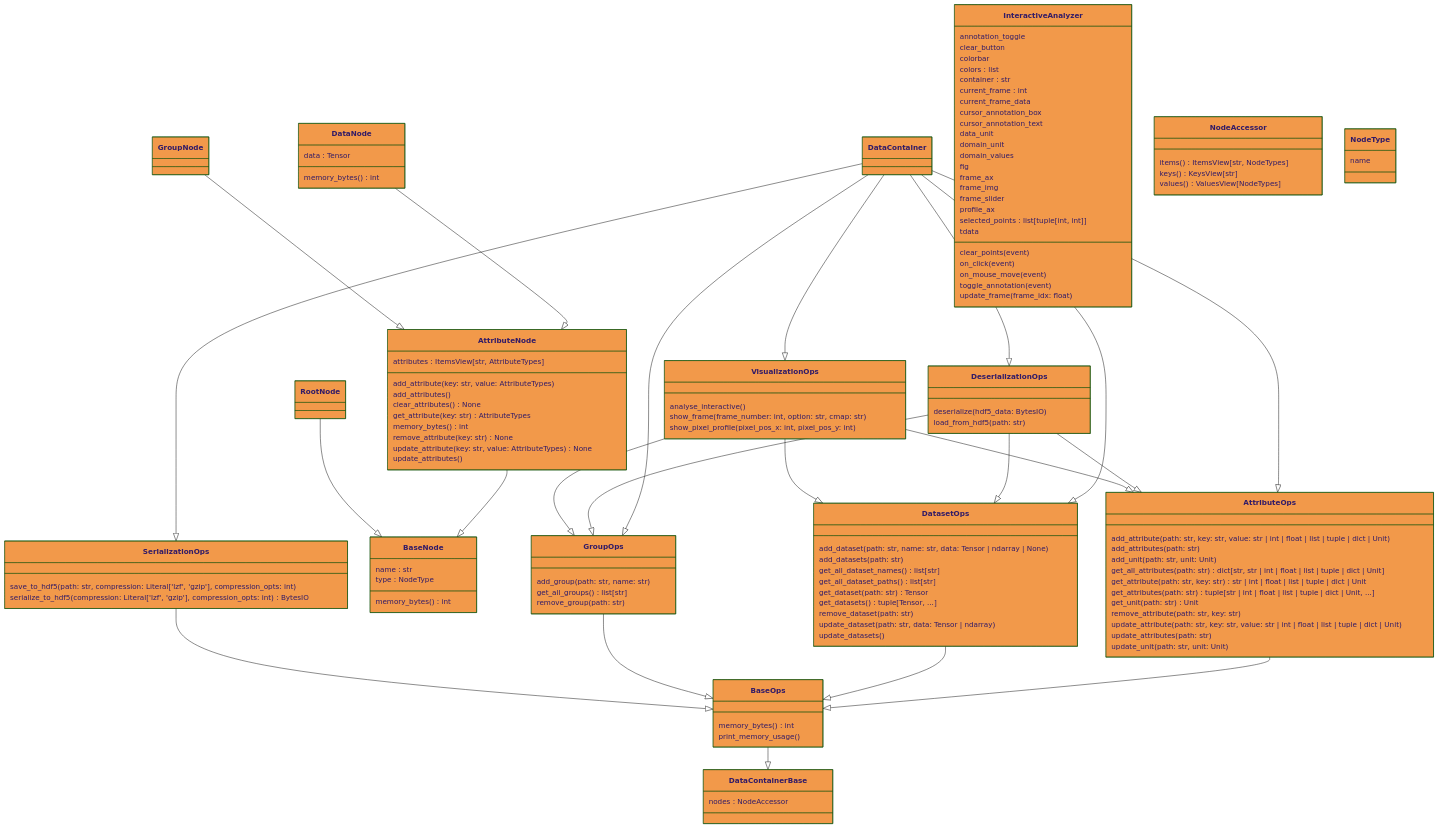
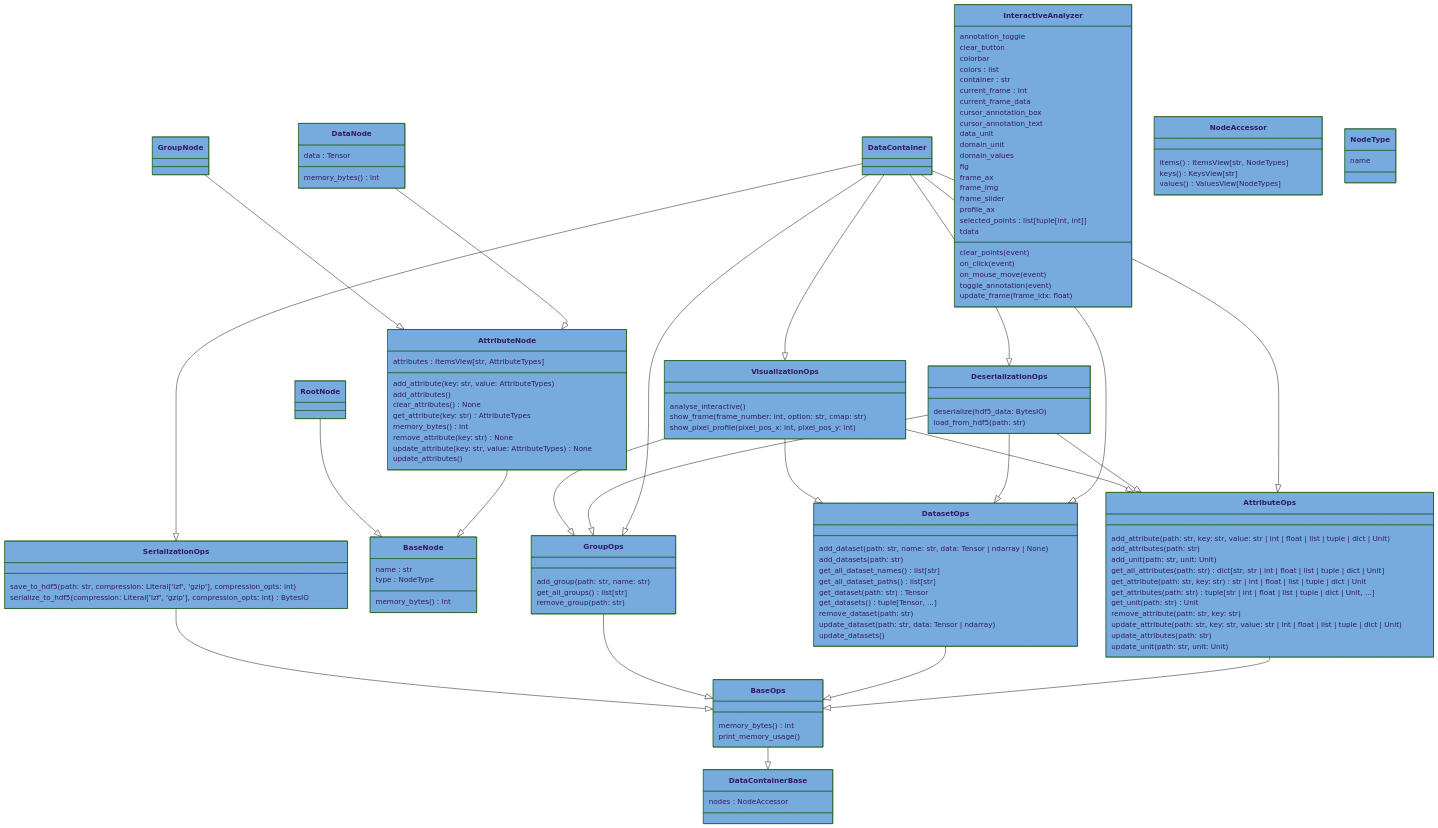
One commit to voidsy-gmbh/pyThermoNDT changed the diagram in docs/pyreverse/mermaid/classes_pythermondt.data.datacontainer.mmd. Above: the diagram before and after it, drawn with Mermaid (forest theme). The commit also changed 59 other files, not shown here.

Commit message:
Update mermaid diagrams

```diff
--- a/docs/pyreverse/mermaid/classes_pythermondt.data.datacontainer.mmd
+++ b/docs/pyreverse/mermaid/classes_pythermondt.data.datacontainer.mmd
@@ -1,148 +1,148 @@
 classDiagram
   class AttributeNode {
     attributes : ItemsView[str, AttributeTypes]
     add_attribute(key: str, value: AttributeTypes)
     add_attributes()
     clear_attributes() None
     get_attribute(key: str) AttributeTypes
     memory_bytes() int
     remove_attribute(key: str) None
     update_attribute(key: str, value: AttributeTypes) None
     update_attributes()
   }
-  style AttributeNode fill:#F2994A
+  style AttributeNode fill:#77AADD
   class AttributeOps {
     add_attribute(path: str, key: str, value: str | int | float | list | tuple | dict | Unit)
     add_attributes(path: str)
     add_unit(path: str, unit: Unit)
     get_all_attributes(path: str) dict[str, str | int | float | list | tuple | dict | Unit]
     get_attribute(path: str, key: str) str | int | float | list | tuple | dict | Unit
     get_attributes(path: str) tuple[str | int | float | list | tuple | dict | Unit, ...]
     get_unit(path: str) Unit
     remove_attribute(path: str, key: str)
     update_attribute(path: str, key: str, value: str | int | float | list | tuple | dict | Unit)
     update_attributes(path: str)
     update_unit(path: str, unit: Unit)
   }
-  style AttributeOps fill:#F2994A
+  style AttributeOps fill:#77AADD
   class BaseNode {
     name : str
     type : NodeType
     memory_bytes() int
   }
-  style BaseNode fill:#F2994A
+  style BaseNode fill:#77AADD
   class BaseOps {
     memory_bytes() int
     print_memory_usage()
   }
-  style BaseOps fill:#F2994A
+  style BaseOps fill:#77AADD
   class DataContainer {
   }
-  style DataContainer fill:#F2994A
+  style DataContainer fill:#77AADD
   class DataContainerBase {
     nodes : NodeAccessor
   }
-  style DataContainerBase fill:#F2994A
+  style DataContainerBase fill:#77AADD
   class DataNode {
     data : Tensor
     memory_bytes() int
   }
-  style DataNode fill:#F2994A
+  style DataNode fill:#77AADD
   class DatasetOps {
     add_dataset(path: str, name: str, data: Tensor | ndarray | None)
     add_datasets(path: str)
     get_all_dataset_names() list[str]
     get_all_dataset_paths() list[str]
     get_dataset(path: str) Tensor
     get_datasets() tuple[Tensor, ...]
     remove_dataset(path: str)
     update_dataset(path: str, data: Tensor | ndarray)
     update_datasets()
   }
-  style DatasetOps fill:#F2994A
+  style DatasetOps fill:#77AADD
   class DeserializationOps {
     deserialize(hdf5_data: BytesIO)
     load_from_hdf5(path: str)
   }
-  style DeserializationOps fill:#F2994A
+  style DeserializationOps fill:#77AADD
   class GroupNode {
   }
-  style GroupNode fill:#F2994A
+  style GroupNode fill:#77AADD
   class GroupOps {
     add_group(path: str, name: str)
     get_all_groups() list[str]
     remove_group(path: str)
   }
-  style GroupOps fill:#F2994A
+  style GroupOps fill:#77AADD
   class InteractiveAnalyzer {
     annotation_toggle
     clear_button
     colorbar
     colors : list
     container : str
     current_frame : int
     current_frame_data
     cursor_annotation_box
     cursor_annotation_text
     data_unit
     domain_unit
     domain_values
     fig
     frame_ax
     frame_img
     frame_slider
     profile_ax
     selected_points : list[tuple[int, int]]
     tdata
     clear_points(event)
     on_click(event)
     on_mouse_move(event)
     toggle_annotation(event)
     update_frame(frame_idx: float)
   }
-  style InteractiveAnalyzer fill:#F2994A
+  style InteractiveAnalyzer fill:#77AADD
   class NodeAccessor {
     items() ItemsView[str, NodeTypes]
     keys() KeysView[str]
     values() ValuesView[NodeTypes]
   }
-  style NodeAccessor fill:#F2994A
+  style NodeAccessor fill:#77AADD
   class NodeType {
     name
   }
-  style NodeType fill:#F2994A
+  style NodeType fill:#77AADD
   class RootNode {
   }
-  style RootNode fill:#F2994A
+  style RootNode fill:#77AADD
   class SerializationOps {
     save_to_hdf5(path: str, compression: Literal['lzf', 'gzip'], compression_opts: int)
     serialize_to_hdf5(compression: Literal['lzf', 'gzip'], compression_opts: int) BytesIO
   }
-  style SerializationOps fill:#F2994A
+  style SerializationOps fill:#77AADD
   class VisualizationOps {
     analyse_interactive()
     show_frame(frame_number: int, option: str, cmap: str)
     show_pixel_profile(pixel_pos_x: int, pixel_pos_y: int)
   }
-  style VisualizationOps fill:#F2994A
+  style VisualizationOps fill:#77AADD
   AttributeOps --|> BaseOps
   BaseOps --|> DataContainerBase
   DataContainer --|> AttributeOps
   DataContainer --|> DatasetOps
   DataContainer --|> GroupOps
   DataContainer --|> DeserializationOps
   DataContainer --|> SerializationOps
   DataContainer --|> VisualizationOps
   DatasetOps --|> BaseOps
   GroupOps --|> BaseOps
   AttributeNode --|> BaseNode
   DataNode --|> AttributeNode
   GroupNode --|> AttributeNode
   RootNode --|> BaseNode
   DeserializationOps --|> AttributeOps
   DeserializationOps --|> DatasetOps
   DeserializationOps --|> GroupOps
   SerializationOps --|> BaseOps
   VisualizationOps --|> AttributeOps
   VisualizationOps --|> DatasetOps
   VisualizationOps --|> GroupOps
```
